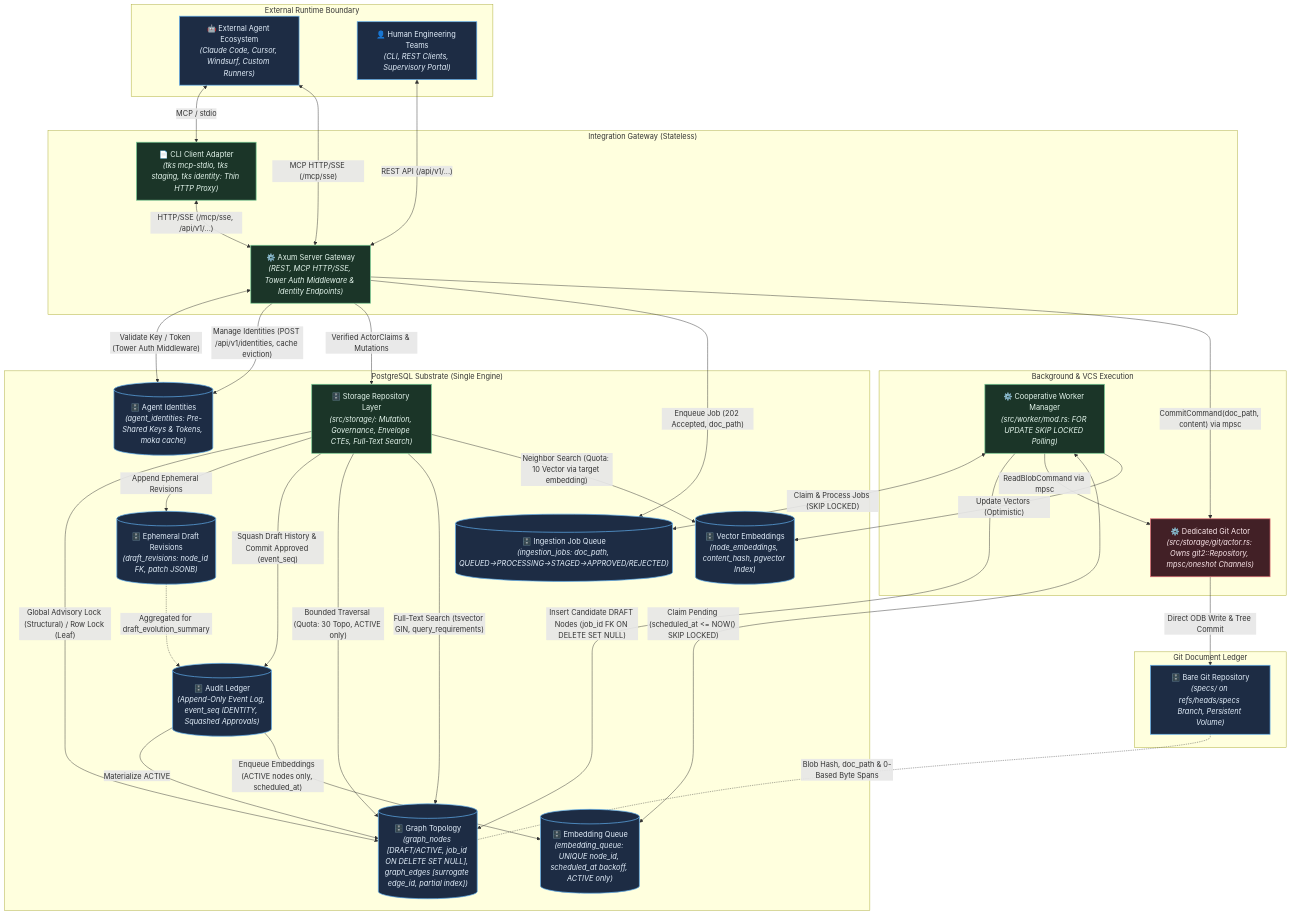
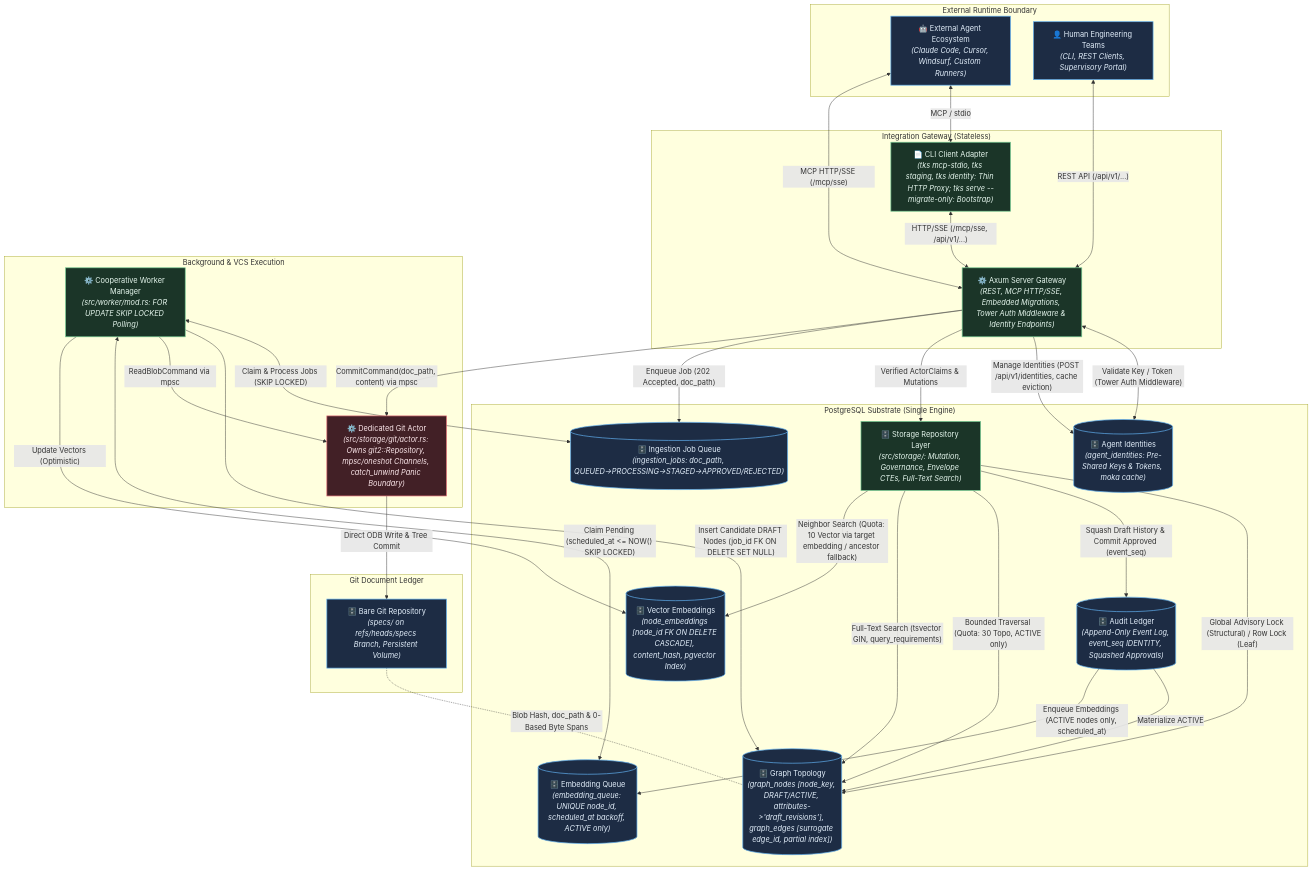
One commit to Shapedsundew9/tks changed the diagram in docs/vision/architecture.md. Above: the diagram before and after it, drawn with Mermaid. The commit also changed other lines of this file and 4 other files, not shown here.

Commit message:
Architecture alignment: iteration 6 (LD: gemini-3.8-flash-high, Arch: gemini-3.8-flash-high)

````diff
--- a/docs/vision/architecture.md
+++ b/docs/vision/architecture.md
@@ -122,20 +128,19 @@
     end
 
     subgraph Gateway["Integration Gateway (Stateless)"]
-        CLIAdapter["📄 CLI Client Adapter<br/><i>(tks mcp-stdio, tks staging, tks identity: Thin HTTP Proxy)</i>"]:::secondary
-        AxumServer["⚙️ Axum Server Gateway<br/><i>(REST, MCP HTTP/SSE, Tower Auth Middleware & Identity Endpoints)</i>"]:::secondary
+        CLIAdapter["📄 CLI Client Adapter<br/><i>(tks mcp-stdio, tks staging, tks identity: Thin HTTP Proxy; tks serve --migrate-only: Bootstrap)</i>"]:::secondary
+        AxumServer["⚙️ Axum Server Gateway<br/><i>(REST, MCP HTTP/SSE, Embedded Migrations, Tower Auth Middleware & Identity Endpoints)</i>"]:::secondary
     end
 
     subgraph Core["Background & VCS Execution"]
-        GitActor["⚙️ Dedicated Git Actor<br/><i>(src/storage/git/actor.rs: Owns git2::Repository, mpsc/oneshot Channels)</i>"]:::primary
+        GitActor["⚙️ Dedicated Git Actor<br/><i>(src/storage/git/actor.rs: Owns git2::Repository, mpsc/oneshot Channels, catch_unwind Panic Boundary)</i>"]:::primary
         WorkerManager["⚙️ Cooperative Worker Manager<br/><i>(src/worker/mod.rs: FOR UPDATE SKIP LOCKED Polling)</i>"]:::secondary
     end
 
     subgraph Storage["PostgreSQL Substrate (Single Engine)"]
         StorageRepo["🗄️ Storage Repository Layer<br/><i>(src/storage/: Mutation, Governance, Envelope CTEs, Full-Text Search)</i>"]:::secondary
-        GraphTopo[("🗄️ Graph Topology<br/><i>(graph_nodes [DRAFT/ACTIVE, job_id ON DELETE SET NULL], graph_edges [surrogate edge_id, partial index])</i>")]:::tertiary
-        DraftRevs[("🗄️ Ephemeral Draft Revisions<br/><i>(draft_revisions: node_id FK, patch JSONB)</i>")]:::tertiary
-        VectorIdx[("🗄️ Vector Embeddings<br/><i>(node_embeddings, content_hash, pgvector Index)</i>")]:::tertiary
+        GraphTopo[("🗄️ Graph Topology<br/><i>(graph_nodes [node_key, DRAFT/ACTIVE, attributes->'draft_revisions'], graph_edges [surrogate edge_id, partial index])</i>")]:::tertiary
+        VectorIdx[("🗄️ Vector Embeddings<br/><i>(node_embeddings [node_id FK ON DELETE CASCADE], content_hash, pgvector Index)</i>")]:::tertiary
         AuditLedger[("🗄️ Audit Ledger<br/><i>(Append-Only Event Log, event_seq IDENTITY, Squashed Approvals)</i>")]:::tertiary
         JobQueue[("🗄️ Ingestion Job Queue<br/><i>(ingestion_jobs: doc_path, QUEUED→PROCESSING→STAGED→APPROVED/REJECTED)</i>")]:::tertiary
         EmbedQueue[("🗄️ Embedding Queue<br/><i>(embedding_queue: UNIQUE node_id, scheduled_at backoff, ACTIVE only)</i>")]:::tertiary
@@ -162,13 +167,11 @@
     WorkerManager <-->|"Claim Pending (scheduled_at <= NOW() SKIP LOCKED)"| EmbedQueue
     WorkerManager -->|"Update Vectors (Optimistic)"| VectorIdx
     StorageRepo -->|"Global Advisory Lock (Structural) / Row Lock (Leaf)"| GraphTopo
-    StorageRepo -->|"Append Ephemeral Revisions"| DraftRevs
     StorageRepo -->|"Squash Draft History & Commit Approved (event_seq)"| AuditLedger
     AuditLedger -->|"Materialize ACTIVE"| GraphTopo
     AuditLedger -->|"Enqueue Embeddings (ACTIVE nodes only, scheduled_at)"| EmbedQueue
     StorageRepo -->|"Bounded Traversal (Quota: 30 Topo, ACTIVE only)"| GraphTopo
     StorageRepo -->|"Full-Text Search (tsvector GIN, query_requirements)"| GraphTopo
-    StorageRepo -->|"Neighbor Search (Quota: 10 Vector via target embedding)"| VectorIdx
-    DraftRevs -.->|"Aggregated for draft_evolution_summary"| AuditLedger
+    StorageRepo -->|"Neighbor Search (Quota: 10 Vector via target embedding / ancestor fallback)"| VectorIdx
     GitRepo -.-|"Blob Hash, doc_path & 0-Based Byte Spans"| GraphTopo
 ```
````
